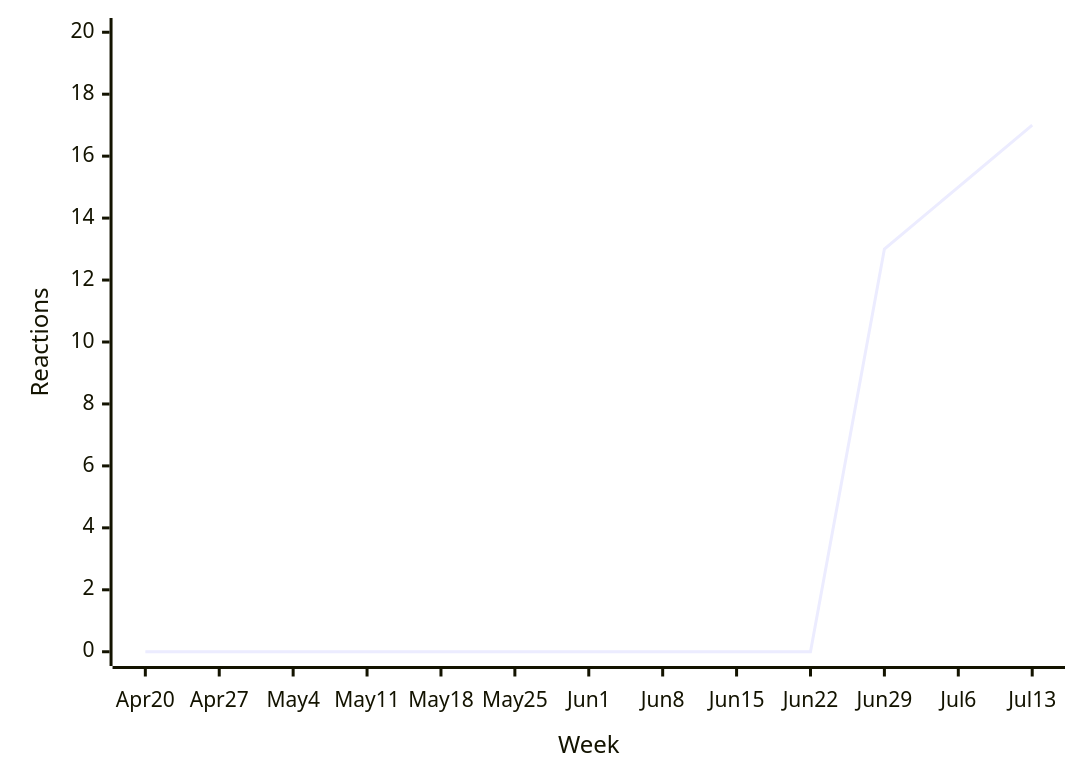
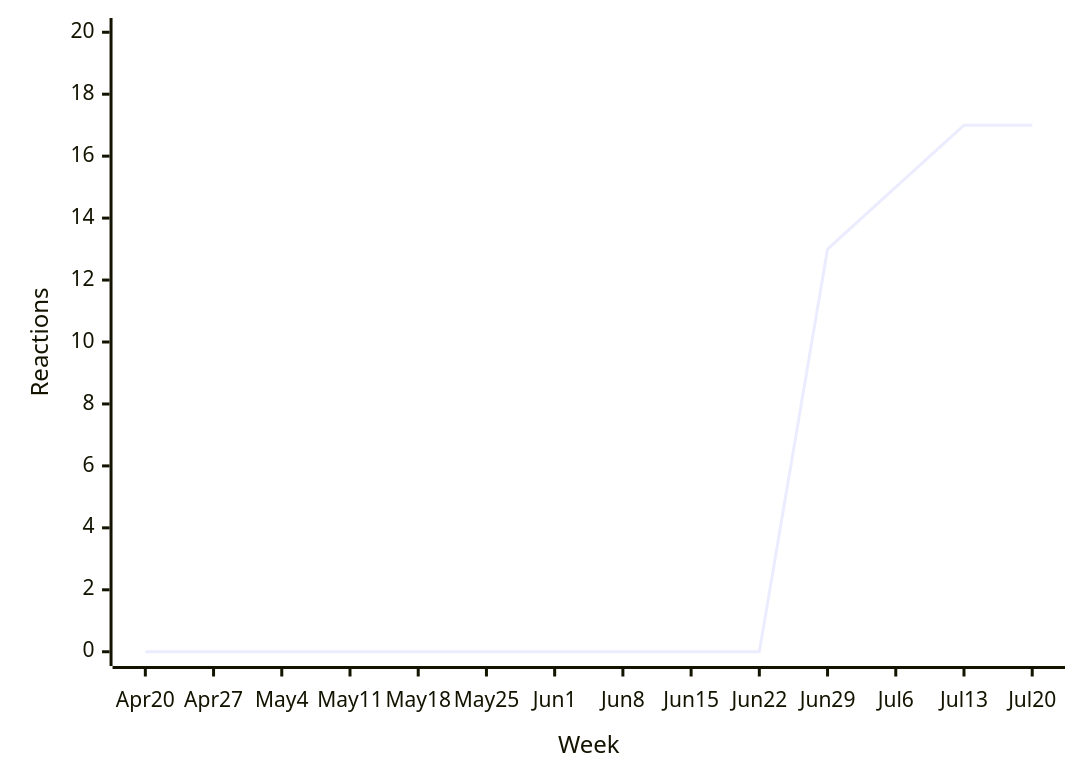
One commit to loic-sharma/github-insights changed the ninth of 48 diagrams in README.md. Above: the diagram before and after it, drawn with Mermaid. The commit also changed other lines of this file and 3 other files, not shown here.

````diff
--- a/README.md
+++ b/README.md
@@ -475,6 +475,6 @@
   ```mermaid
   xychart-beta
-    x-axis "Week" [Apr 20, Apr 27, May 4, May 11, May 18, May 25, Jun 1, Jun 8, Jun 15, Jun 22, Jun 29, Jul 6, Jul 13]
+    x-axis "Week" [Apr 20, Apr 27, May 4, May 11, May 18, May 25, Jun 1, Jun 8, Jun 15, Jun 22, Jun 29, Jul 6, Jul 13, Jul 20]
     y-axis "Reactions" 0 --> 20
-    line [0, 0, 0, 0, 0, 0, 0, 0, 0, 0, 13, 15, 17]
+    line [0, 0, 0, 0, 0, 0, 0, 0, 0, 0, 13, 15, 17, 17]
   ```
````
